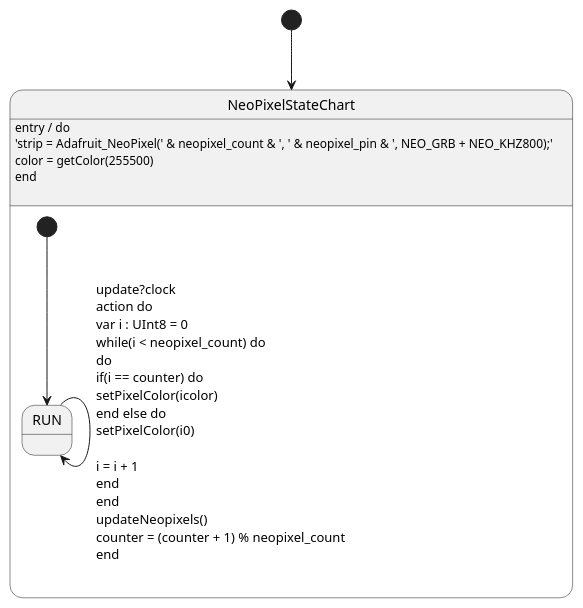
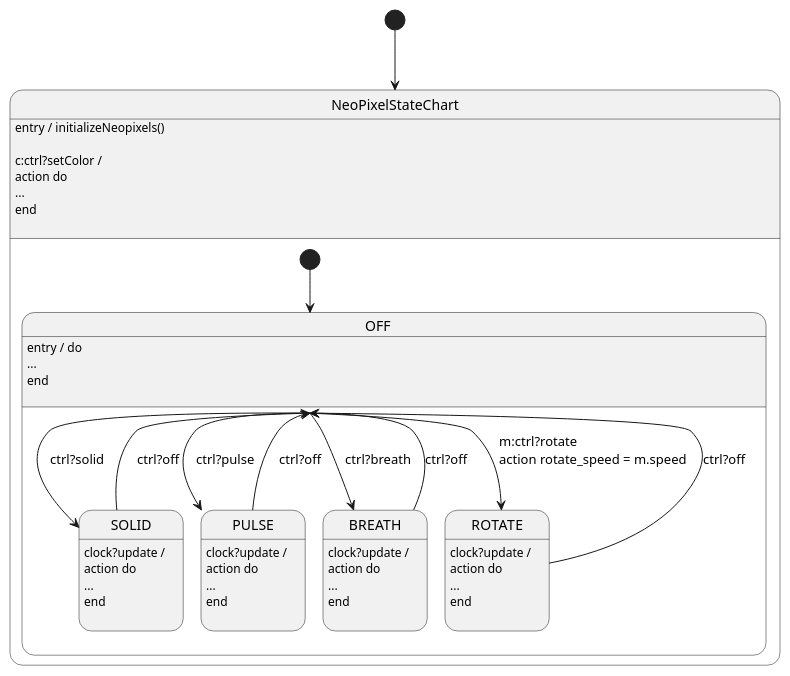
One commit to HEADS-project/ThingML-BLE changed the diagram in 0_BLENotifier/thingml-gen/UML/TestNeoPixels/TestNeoPixels/docs/NeoPixel_NeoPixelStateChart.plantuml. Above: the diagram before and after it, drawn with PlantUML. The commit also changed 4 other files, not shown here.

```diff
--- a/0_BLENotifier/thingml-gen/UML/TestNeoPixels/TestNeoPixels/docs/NeoPixel_NeoPixelStateChart.plantuml
+++ b/0_BLENotifier/thingml-gen/UML/TestNeoPixels/TestNeoPixels/docs/NeoPixel_NeoPixelStateChart.plantuml
@@ -1,12 +1,40 @@
 @startuml
 skinparam defaultTextAlignment left
 [*] --> NeoPixelStateChart
 state NeoPixelStateChart{
-state RUN{
+state OFF{
+	OFF : entry / do \n...\nend\n
 
-RUN --> RUN : update?clock\naction do \nvar i : UInt8 = 0\nwhile(i < neopixel_count) do\ndo \nif(i == counter) do\nsetPixelColor(icolor)\nend else do\nsetPixelColor(i0)\n\ni = i + 1\nend\nend\nupdateNeopixels()\ncounter = (counter + 1) % neopixel_count\nend\n
+OFF --> SOLID : ctrl?solid
+
+OFF --> PULSE : ctrl?pulse
+
+OFF --> BREATH : ctrl?breath
+
+OFF --> ROTATE : m:ctrl?rotate\naction rotate_speed = m.speed\n
 }
-[*] --> RUN
-	NeoPixelStateChart : entry / do \n'strip = Adafruit_NeoPixel(' & neopixel_count & ', ' & neopixel_pin & ', NEO_GRB + NEO_KHZ800);'\ncolor = getColor(255500)\nend\n
+state SOLID{
+
+SOLID --> OFF : ctrl?off
+	SOLID : clock?update / \naction do \n...\nend\n
+}
+state ROTATE{
+
+ROTATE --> OFF : ctrl?off
+	ROTATE : clock?update / \naction do \n...\nend\n
+}
+state BREATH{
+
+BREATH --> OFF : ctrl?off
+	BREATH : clock?update / \naction do \n...\nend\n
+}
+state PULSE{
+
+PULSE --> OFF : ctrl?off
+	PULSE : clock?update / \naction do \n...\nend\n
+}
+[*] --> OFF
+	NeoPixelStateChart : entry / initializeNeopixels()\n
+	NeoPixelStateChart : c:ctrl?setColor / \naction do \n...\nend\n
 }
 @enduml
```
